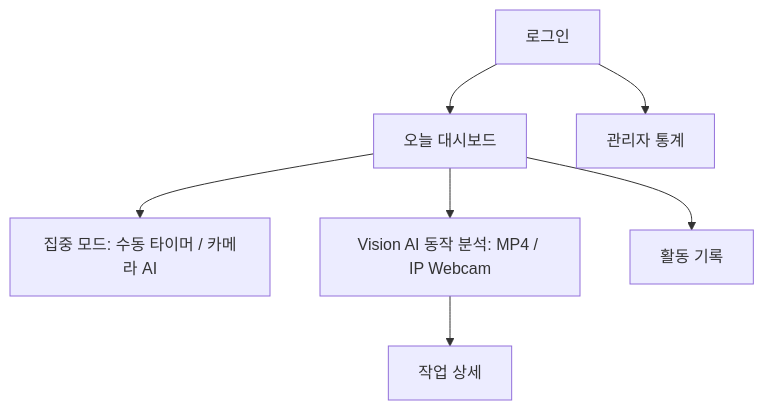
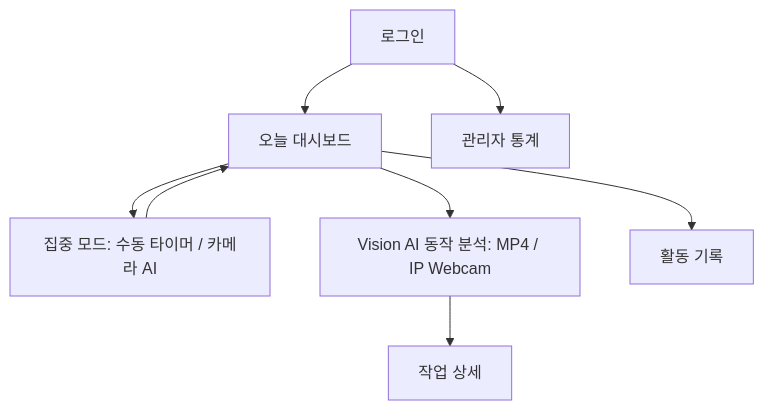
Before and after one commit to HanaPark-lab/desk-habit-coach: the diagram in docs/UI_UX.md, drawn with Mermaid. The commit also changed other lines of this file and 21 other files, not shown here.

Commit message:
docs: update project documentation and architecture diagrams

````diff
--- a/docs/UI_UX.md
+++ b/docs/UI_UX.md
@@ -3,9 +3,10 @@
 ```mermaid
 flowchart TD
  L[로그인] --> H[오늘 대시보드]
  H --> S[집중 모드: 수동 타이머 / 카메라 AI]
+ S --> H
  H --> A[Vision AI 동작 분석: MP4 / IP Webcam]
  H --> R[활동 기록]
  A --> J[작업 상세]
  L --> M[관리자 통계]
 ```
````
